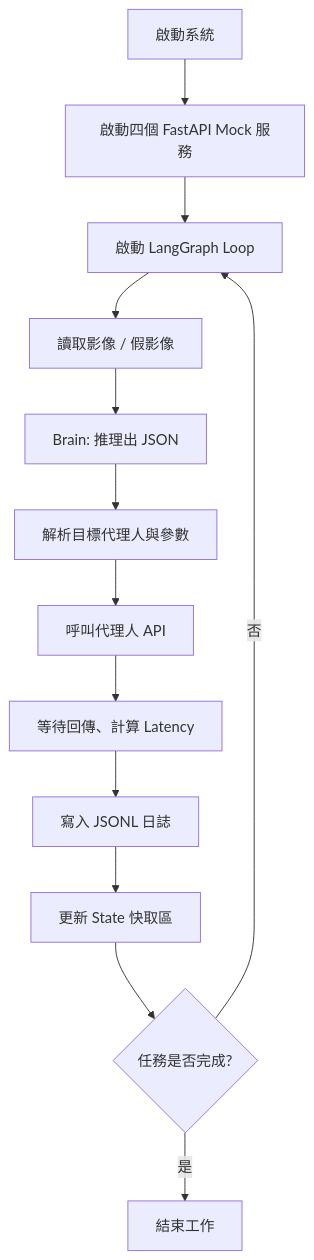
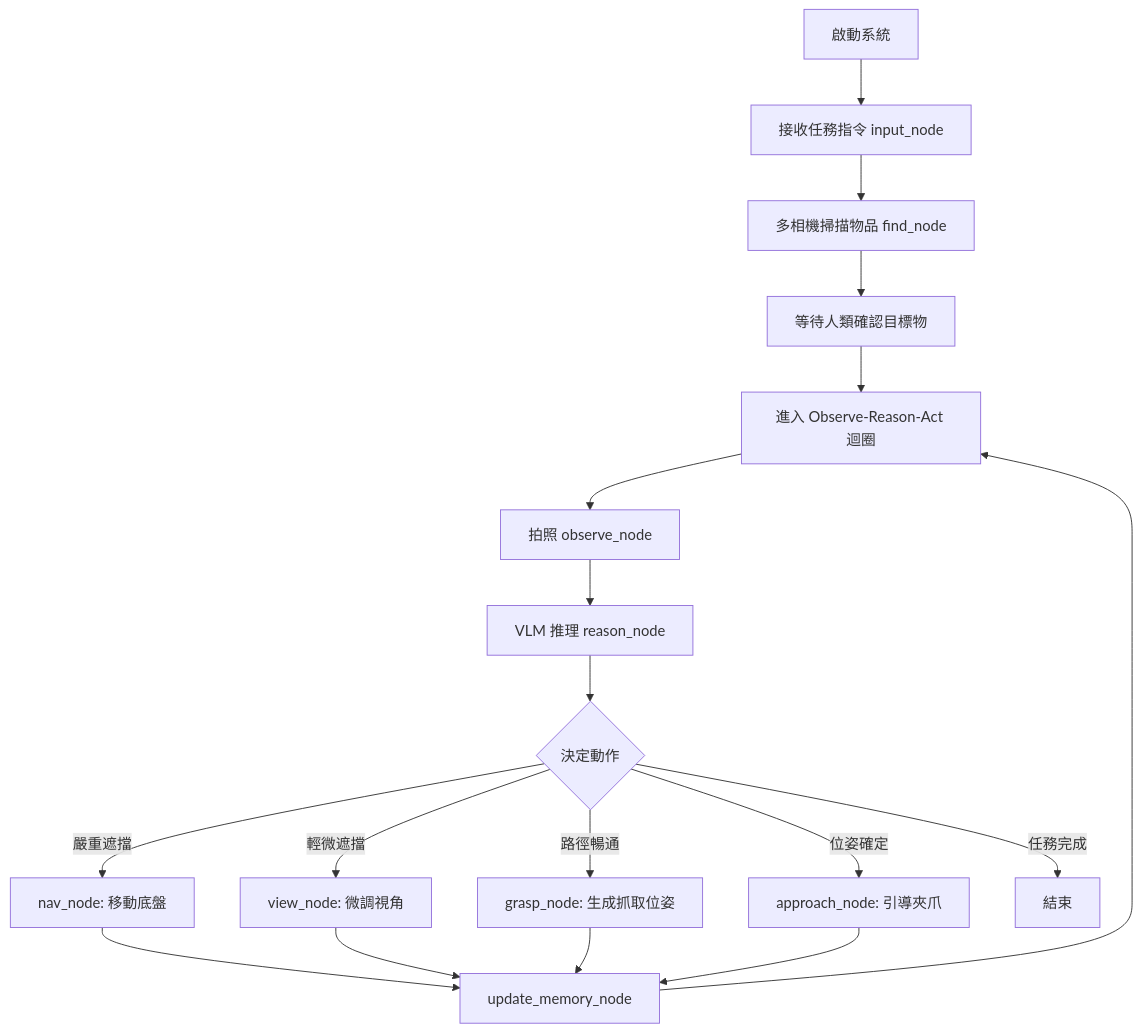
Before and after one commit to tj1125/pros_workflow: the seventh of 8 diagrams in docs/spec.md, drawn with Mermaid. The commit also changed other lines of this file and 10 other files, not shown here.

Commit message:
feat: add find_node, config/, find_agent.py for on-demand object detection

````diff
--- a/docs/spec.md
+++ b/docs/spec.md
@@ -147,15 +169,20 @@
 ```mermaid
 flowchart TD
-  Start[啟動系統] --> SpinMocks[啟動四個 FastAPI Mock 服務]
-  SpinMocks --> Loop[啟動 LangGraph Loop]
-  Loop --> Obs[讀取影像 / 假影像]
-  Obs --> Reason[Brain: 推理出 JSON]
-  Reason --> Parse[解析目標代理人與參數]
-  Parse --> Execute[呼叫代理人 API]
-  Execute --> Wait[等待回傳、計算 Latency]
-  Wait --> Log[寫入 JSONL 日誌]
-  Log --> MemoryUpdate[更新 State 快取區]
-  MemoryUpdate --> TaskCheck{任務是否完成?}
-  TaskCheck -- 否 --> Loop
-  TaskCheck -- 是 --> Done[結束工作]
+  Start[啟動系統] --> Input[接收任務指令 input_node]
+  Input --> Find[多相機掃描物品 find_node]
+  Find --> Confirm[等待人類確認目標物]
+  Confirm --> Loop[進入 Observe-Reason-Act 迴圈]
+  Loop --> Obs[拍照 observe_node]
+  Obs --> Reason[VLM 推理 reason_node]
+  Reason --> Route{決定動作}
+  Route -- 嚴重遮擋 --> Nav[nav_node: 移動底盤]
+  Route -- 輕微遮擋 --> View[view_node: 微調視角]
+  Route -- 路徑暢通 --> Grasp[grasp_node: 生成抓取位姿]
+  Route -- 位姿確定 --> Approach[approach_node: 引導夾爪]
+  Route -- 任務完成 --> Done[結束]
+  Nav --> Memory[update_memory_node]
+  View --> Memory
+  Grasp --> Memory
+  Approach --> Memory
+  Memory --> Loop
 ```
````
